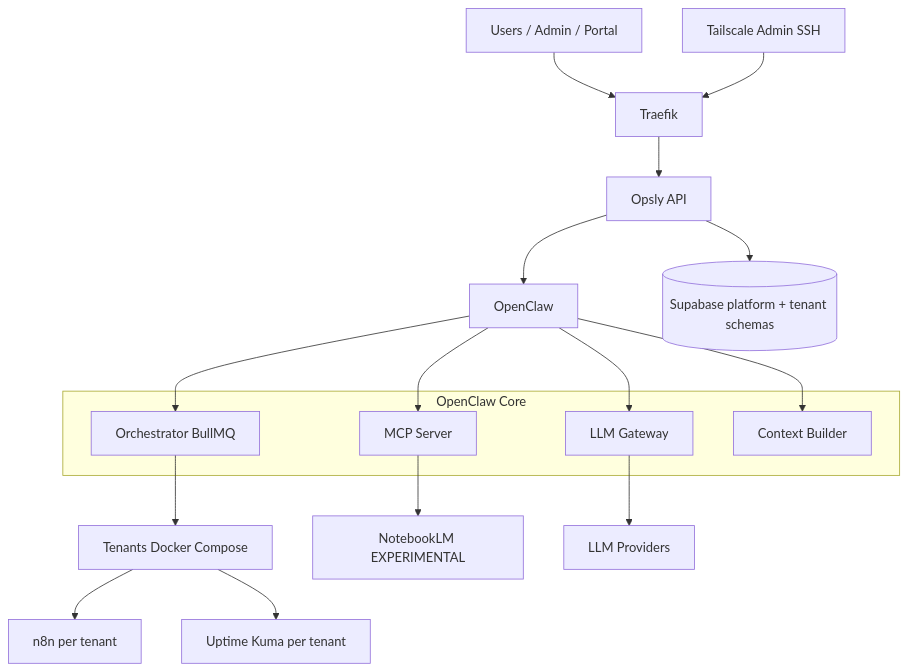
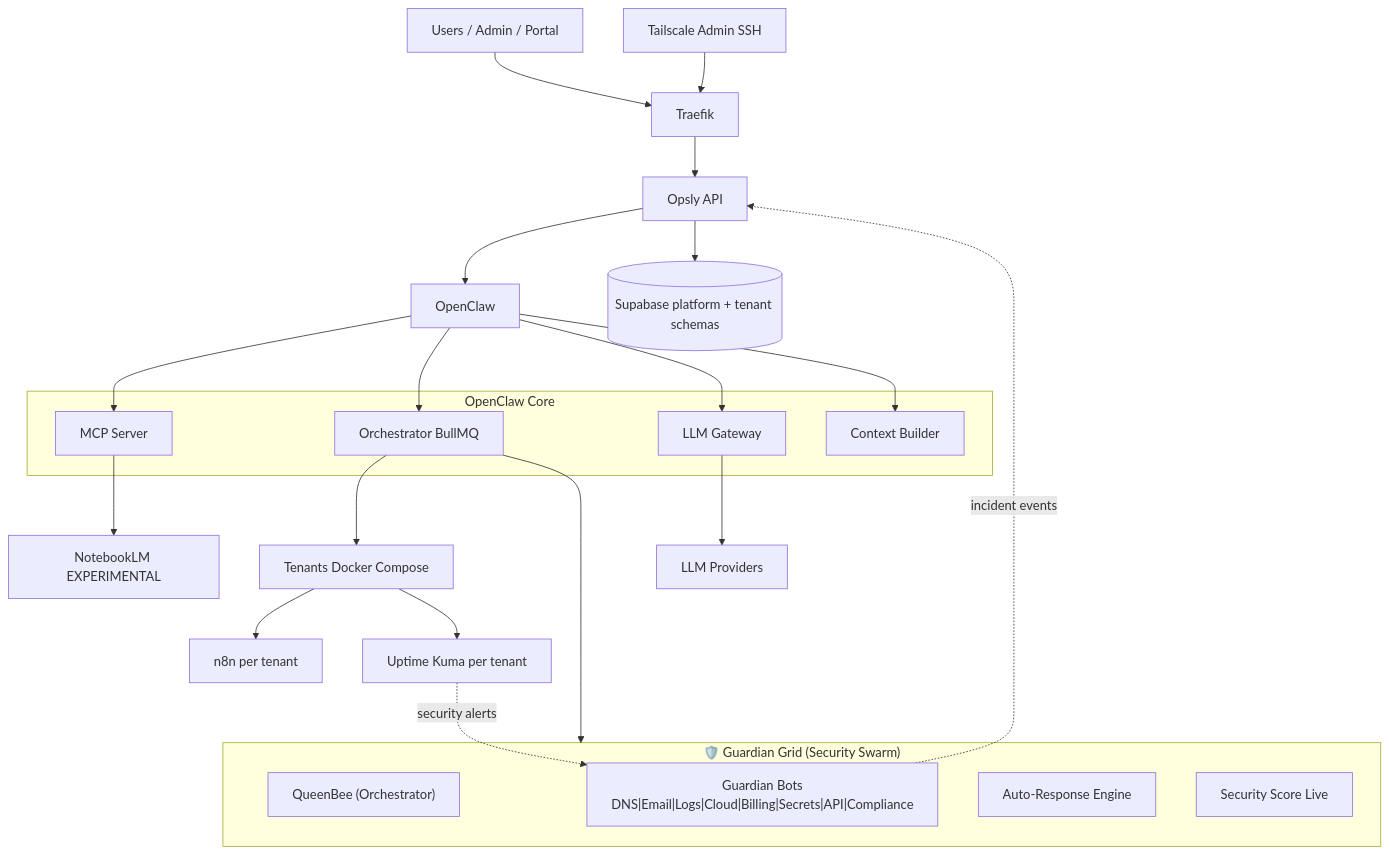
The diagram in docs/01-development/VISION.md (cloudsysops/opsly), drawn with Mermaid before and after one commit. The commit also changed other lines of this file, not shown here.

First line of the commit message:
feat(vision): Opsly Guardian Grid — Autonomous Defense Operating System

````diff
--- a/docs/01-development/VISION.md
+++ b/docs/01-development/VISION.md
@@ -207,26 +386,37 @@
 ```mermaid
 flowchart TB
   U[Users / Admin / Portal] --> TR[Traefik]
   A[Tailscale Admin SSH] --> TR
   TR --> API[Opsly API]
   API --> OC[OpenClaw]
 
   subgraph OPENCLAW[OpenClaw Core]
     MCP[MCP Server]
     ORCH[Orchestrator BullMQ]
     LLMG[LLM Gateway]
     CB[Context Builder]
   end
 
   OC --> MCP
   OC --> ORCH
   OC --> LLMG
   OC --> CB
 
+  ORCH --> GUARD[Guardian Grid]
+  subgraph GUARD["🛡️ Guardian Grid (Security Swarm)"]
+    QB["QueenBee (Orchestrator)"]
+    BOTS["Guardian Bots<br/>DNS|Email|Logs|Cloud|Billing|Secrets|API|Compliance"]
+    AUTO["Auto-Response Engine"]
+    SCORE["Security Score Live"]
+  end
+
   ORCH --> TEN[Tenants Docker Compose]
   TEN --> N8N[n8n per tenant]
   TEN --> UK[Uptime Kuma per tenant]
   MCP --> NB[NotebookLM EXPERIMENTAL]
   API --> SUP[(Supabase platform + tenant schemas)]
   LLMG --> MODELS[LLM Providers]
+  
+  UK -.->|security alerts| BOTS
+  BOTS -.->|incident events| API
 ```
````
